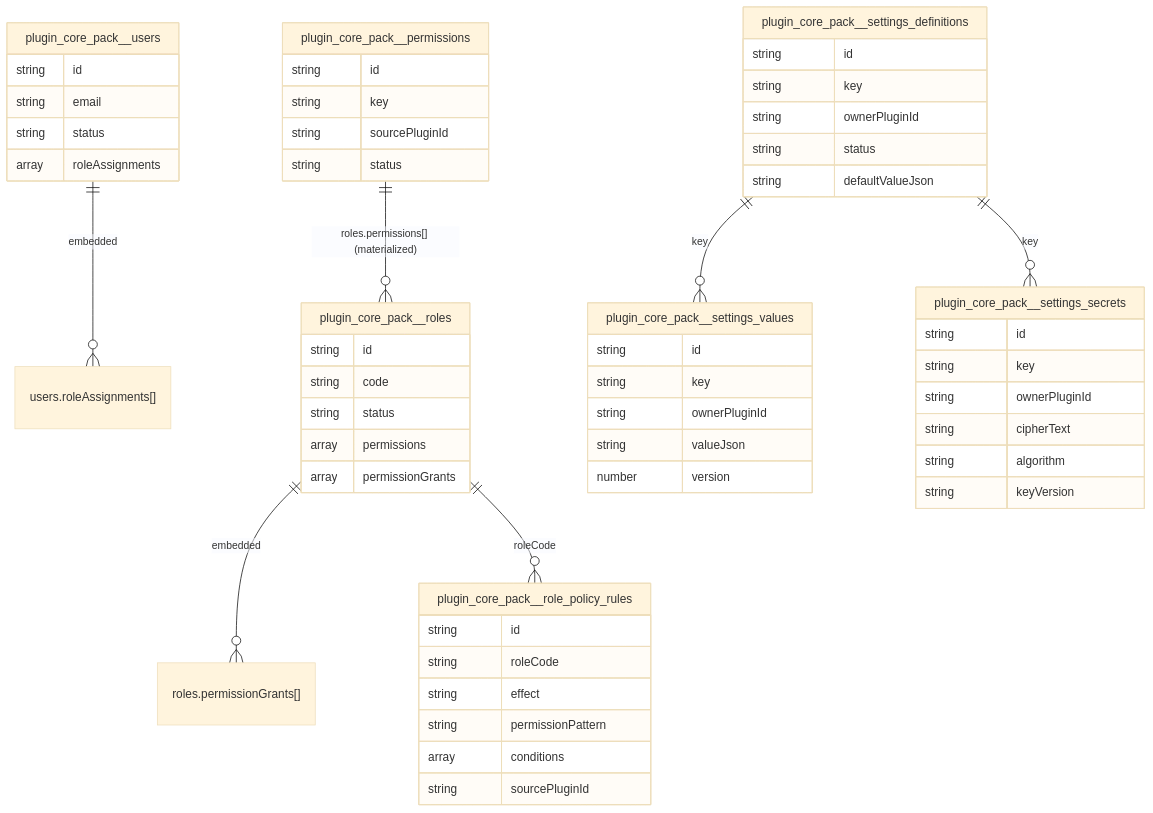
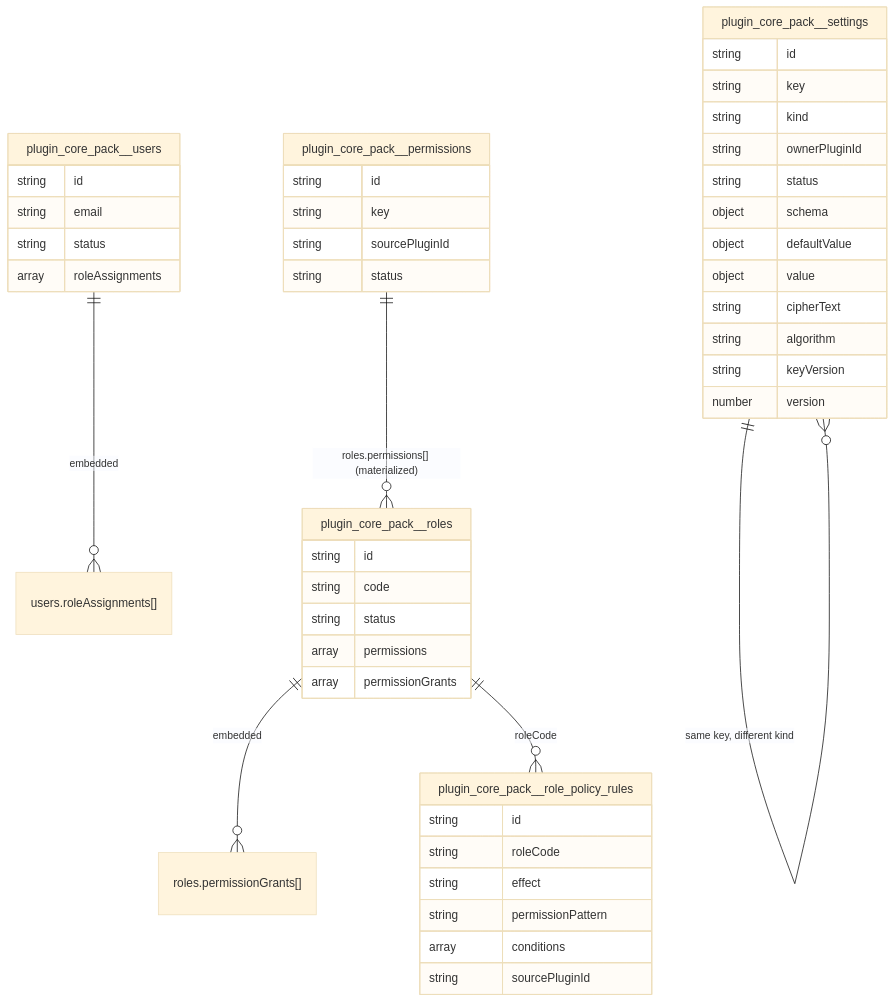
One commit to tascaenzo/trinacria-cms changed the diagram in docs/cms/en/0004-persistence-mongo-and-entity.md. Above: the diagram before and after it, drawn with Mermaid (base theme). The commit also changed other lines of this file and 5 other files, not shown here.

Commit message:
docs(cms): align kernel/core-pack docs with current runtime and schema

````diff
--- a/docs/cms/en/0004-persistence-mongo-and-entity.md
+++ b/docs/cms/en/0004-persistence-mongo-and-entity.md
@@ -115,65 +113,54 @@
 ```mermaid
 erDiagram
   "plugin_core_pack__users" ||--o{ "users.roleAssignments[]" : "embedded"
   "plugin_core_pack__roles" ||--o{ "roles.permissionGrants[]" : "embedded"
   "plugin_core_pack__roles" ||--o{ "plugin_core_pack__role_policy_rules" : "roleCode"
   "plugin_core_pack__permissions" ||--o{ "plugin_core_pack__roles" : "roles.permissions[] (materialized)"
-  "plugin_core_pack__settings_definitions" ||--o{ "plugin_core_pack__settings_values" : "key"
-  "plugin_core_pack__settings_definitions" ||--o{ "plugin_core_pack__settings_secrets" : "key"
+  "plugin_core_pack__settings" ||--o{ "plugin_core_pack__settings" : "same key, different kind"
 
   "plugin_core_pack__users" {
     string id
     string email
     string status
     array roleAssignments
   }
 
   "plugin_core_pack__roles" {
     string id
     string code
     string status
     array permissions
     array permissionGrants
   }
 
   "plugin_core_pack__permissions" {
     string id
     string key
     string sourcePluginId
     string status
   }
 
   "plugin_core_pack__role_policy_rules" {
     string id
     string roleCode
     string effect
     string permissionPattern
     array conditions
     string sourcePluginId
   }
 
-  "plugin_core_pack__settings_definitions" {
+  "plugin_core_pack__settings" {
     string id
     string key
+    string kind
     string ownerPluginId
     string status
-    string defaultValueJson
-  }
-
-  "plugin_core_pack__settings_values" {
-    string id
-    string key
-    string ownerPluginId
-    string valueJson
-    number version
-  }
-
-  "plugin_core_pack__settings_secrets" {
-    string id
-    string key
-    string ownerPluginId
+    object schema
+    object defaultValue
+    object value
     string cipherText
     string algorithm
     string keyVersion
+    number version
   }
 ```
````
